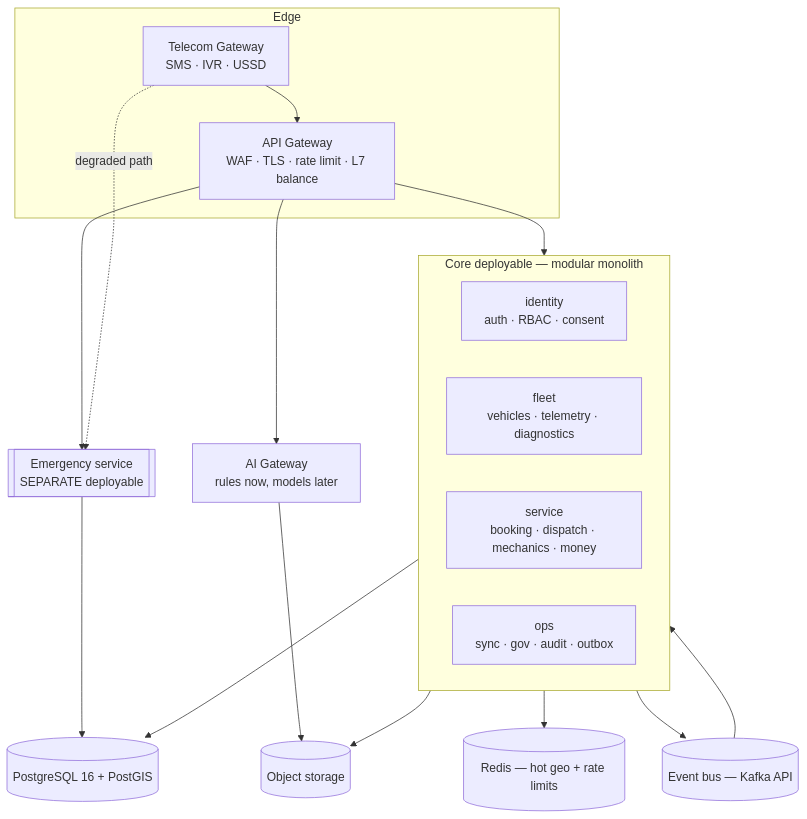
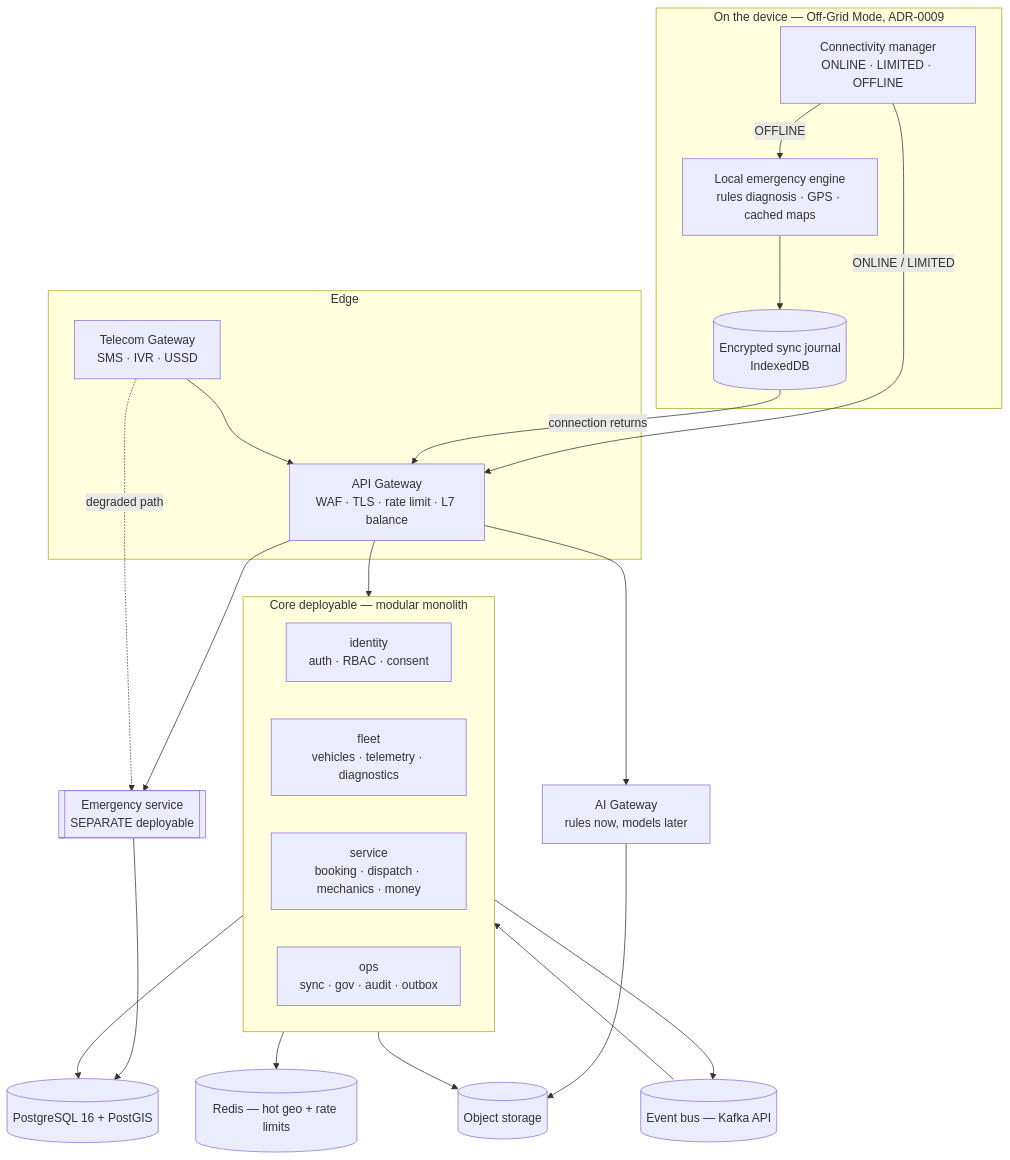
The second of 4 diagrams in app/docs/architecture/README.md (saatwik-1157/roadassist-bharat), drawn with Mermaid before and after one commit. The commit also changed other lines of this file and 197 other files, not shown here.

````diff
--- a/app/docs/architecture/README.md
+++ b/app/docs/architecture/README.md
@@ -45,36 +45,46 @@
 ```mermaid
 graph TB
+    subgraph DEVICE[On the device — Off-Grid Mode, ADR-0009]
+        CM[Connectivity manager<br/>ONLINE · LIMITED · OFFLINE]
+        LE[Local emergency engine<br/>rules diagnosis · GPS · cached maps]
+        SJ[(Encrypted sync journal<br/>IndexedDB)]
+        CM -->|OFFLINE| LE --> SJ
+    end
+
     subgraph EDGE[Edge]
         GW[API Gateway<br/>WAF · TLS · rate limit · L7 balance]
         TG[Telecom Gateway<br/>SMS · IVR · USSD]
     end
+
+    CM -->|ONLINE / LIMITED| GW
+    SJ -->|connection returns| GW
 
     subgraph CORE[Core deployable — modular monolith]
         M1[identity<br/>auth · RBAC · consent]
         M2[fleet<br/>vehicles · telemetry · diagnostics]
         M3[service<br/>booking · dispatch · mechanics · money]
         M4[ops<br/>sync · gov · audit · outbox]
     end
 
     EMG[[Emergency service<br/>SEPARATE deployable]]
     AI[AI Gateway<br/>rules now, models later]
 
     PG[(PostgreSQL 16 + PostGIS)]
     RD[(Redis — hot geo + rate limits)]
     BUS[(Event bus — Kafka API)]
     OBJ[(Object storage)]
 
     GW --> CORE
     GW --> EMG
     GW --> AI
     TG --> GW
     TG -.degraded path.-> EMG
 
     CORE --> PG
     CORE --> RD
     CORE --> BUS
     CORE --> OBJ
     EMG --> PG
     AI --> OBJ
     BUS --> CORE
 ```
````
